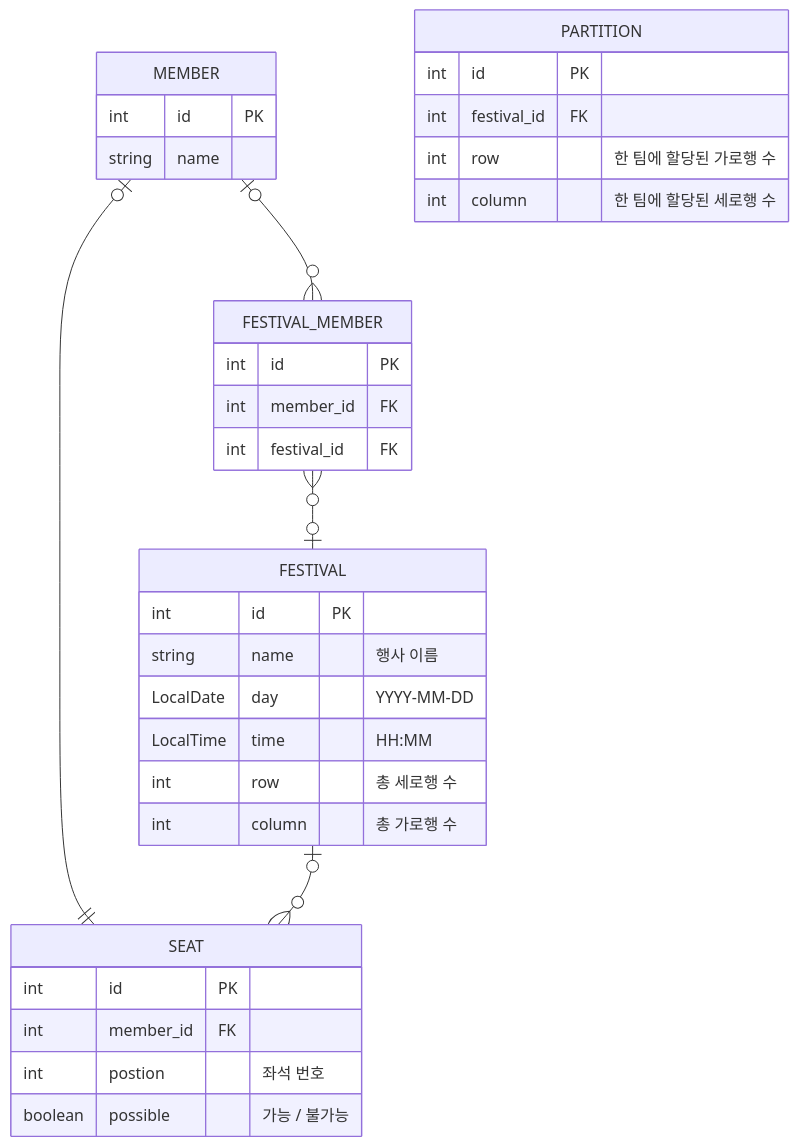
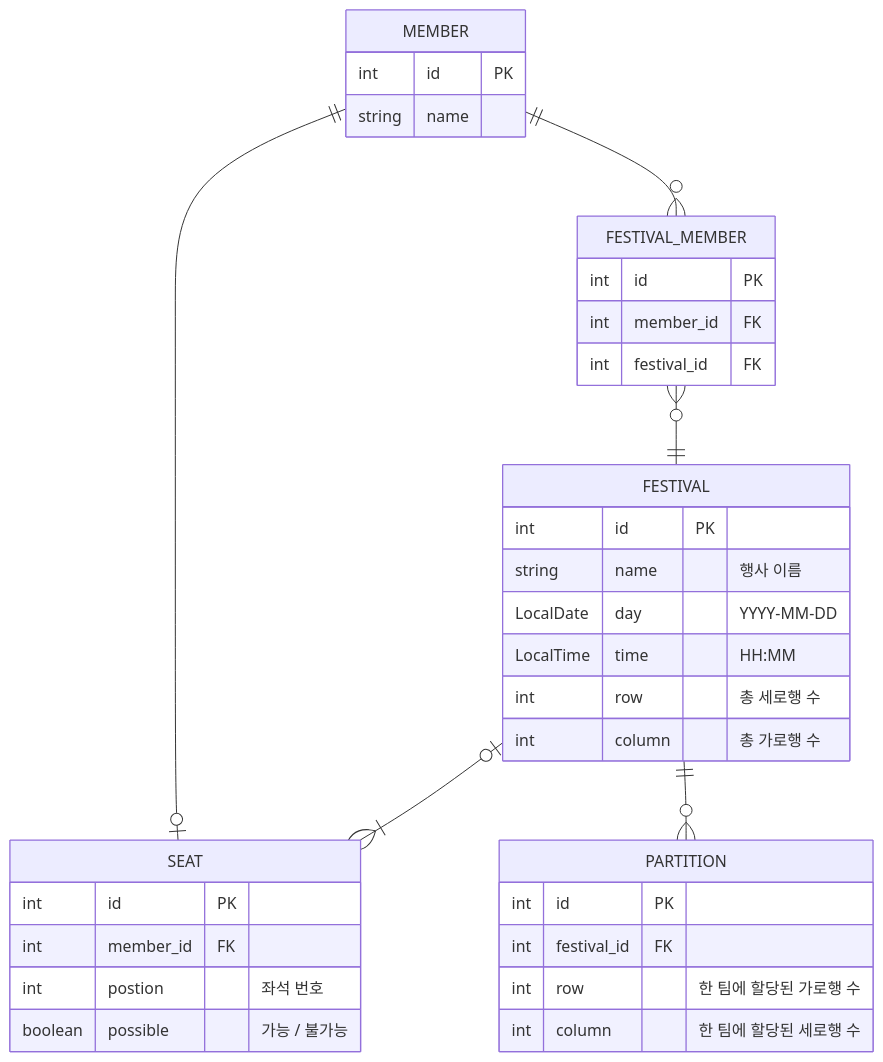
Before and after one commit to cmj7271/fe-sit-ival-server: the diagram in erd.md, drawn with Mermaid.

Commit message:
erd.md 수정

````diff
--- a/erd.md
+++ b/erd.md
@@ -1,38 +1,39 @@
 ```mermaid
     erDiagram
-    FESTIVAL_MEMBER }o--o| FESTIVAL : ""
-    MEMBER |o--o{ FESTIVAL_MEMBER : "" 
-    MEMBER |o--|| SEAT : ""
-    FESTIVAL |o--o{ SEAT : ""
+    FESTIVAL_MEMBER }o--|| FESTIVAL : ""
+    MEMBER ||--o{ FESTIVAL_MEMBER : "" 
+    MEMBER ||--o| SEAT : ""
+    FESTIVAL |o--|{ SEAT : ""
+    FESTIVAL ||--o{ PARTITION : ""
     
     FESTIVAL {
         int id PK
         string name "행사 이름"
         LocalDate day "YYYY-MM-DD"
         LocalTime time "HH:MM"
         int row "총 세로행 수" 
         int column "총 가로행 수"
     }
     PARTITION {
         int id PK
         int festival_id FK
         int row "한 팀에 할당된 가로행 수"
         int column "한 팀에 할당된 세로행 수"
     }
     SEAT {
         int id PK
         int member_id FK 
         int postion "좌석 번호"
         boolean possible "가능 / 불가능"
         
     }
     MEMBER {
         int id PK
         string name
     }
     FESTIVAL_MEMBER {
         int id PK
         int member_id FK
         int festival_id FK
     }
 ```
````
